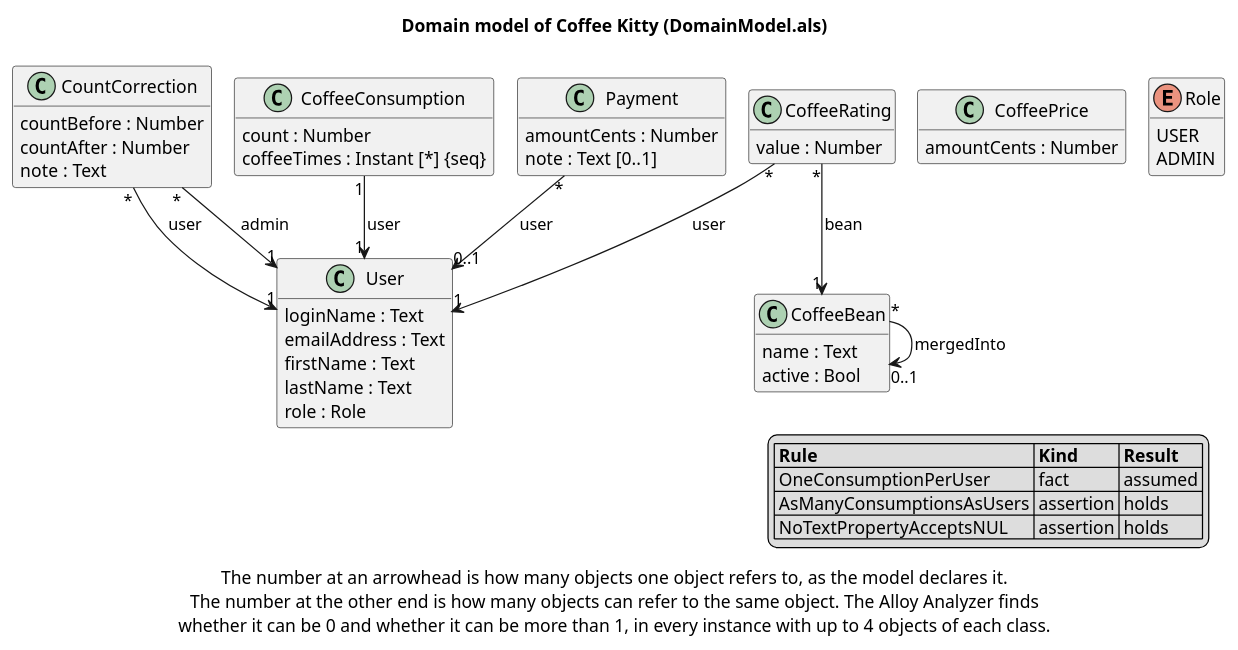
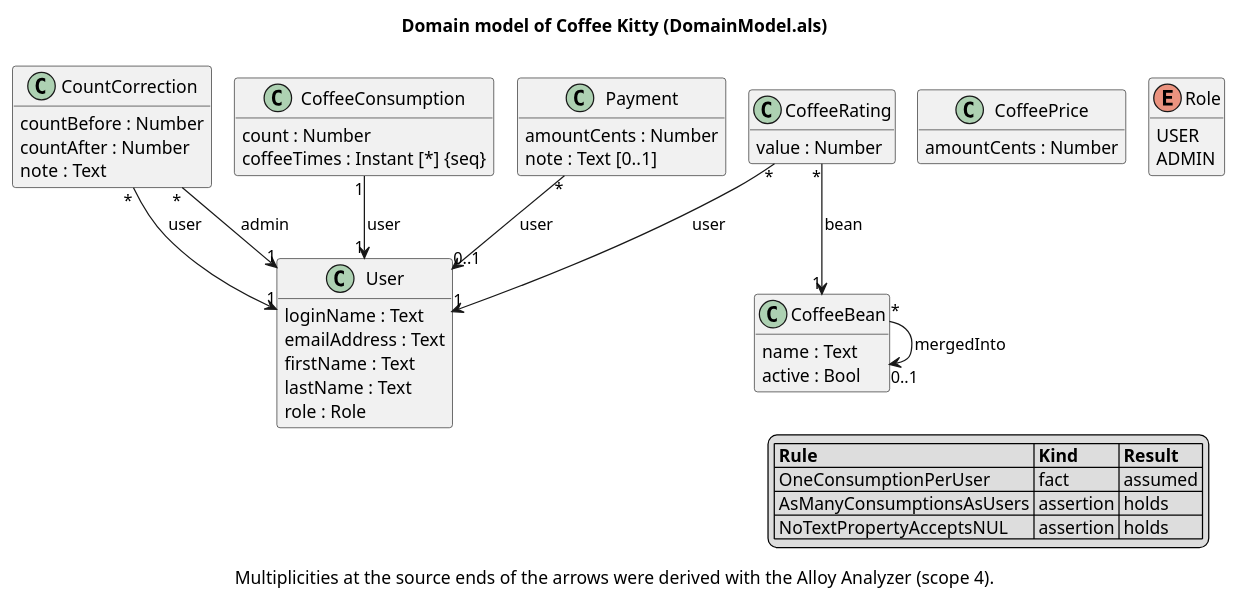
Before and after one commit to se-uhd/coffee-kitty: the diagram in doc/class-diagrams/DomainModel.puml, drawn with PlantUML. The commit also changed 3 other files, not shown here.

First line of the commit message:
docs(models): say only how the source multiplicities were found

```diff
--- a/doc/class-diagrams/DomainModel.puml
+++ b/doc/class-diagrams/DomainModel.puml
@@ -1,54 +1,54 @@
 @startuml
 !pragma layout smetana
 hide methods
 skinparam classAttributeIconSize 0
 title Domain model of Coffee Kitty (DomainModel.als)
 class User {
   loginName : Text
   emailAddress : Text
   firstName : Text
   lastName : Text
   role : Role
 }
 class CoffeeConsumption {
   count : Number
   coffeeTimes : Instant [*] {seq}
 }
 class CountCorrection {
   countBefore : Number
   countAfter : Number
   note : Text
 }
 class CoffeeBean {
   name : Text
   active : Bool
 }
 class CoffeeRating {
   value : Number
 }
 class CoffeePrice {
   amountCents : Number
 }
 class Payment {
   amountCents : Number
   note : Text [0..1]
 }
 enum Role {
   USER
   ADMIN
 }
 CoffeeConsumption "1" --> "1" User : user
 CountCorrection "*" --> "1" User : user
 CountCorrection "*" --> "1" User : admin
 CoffeeBean "*" --> "0..1" CoffeeBean : mergedInto
 CoffeeRating "*" --> "1" User : user
 CoffeeRating "*" --> "1" CoffeeBean : bean
 Payment "*" --> "0..1" User : user
 legend right
 |= Rule |= Kind |= Result |
 | OneConsumptionPerUser | fact | assumed |
 | AsManyConsumptionsAsUsers | assertion | holds |
 | NoTextPropertyAcceptsNUL | assertion | holds |
 endlegend
-caption The number at an arrowhead is how many objects one object refers to, as the model declares it.\nThe number at the other end is how many objects can refer to the same object. The Alloy Analyzer finds\nwhether it can be 0 and whether it can be more than 1, in every instance with up to 4 objects of each class.
+caption Multiplicities at the source ends of the arrows were derived with the Alloy Analyzer (scope 4).
 @enduml
```
